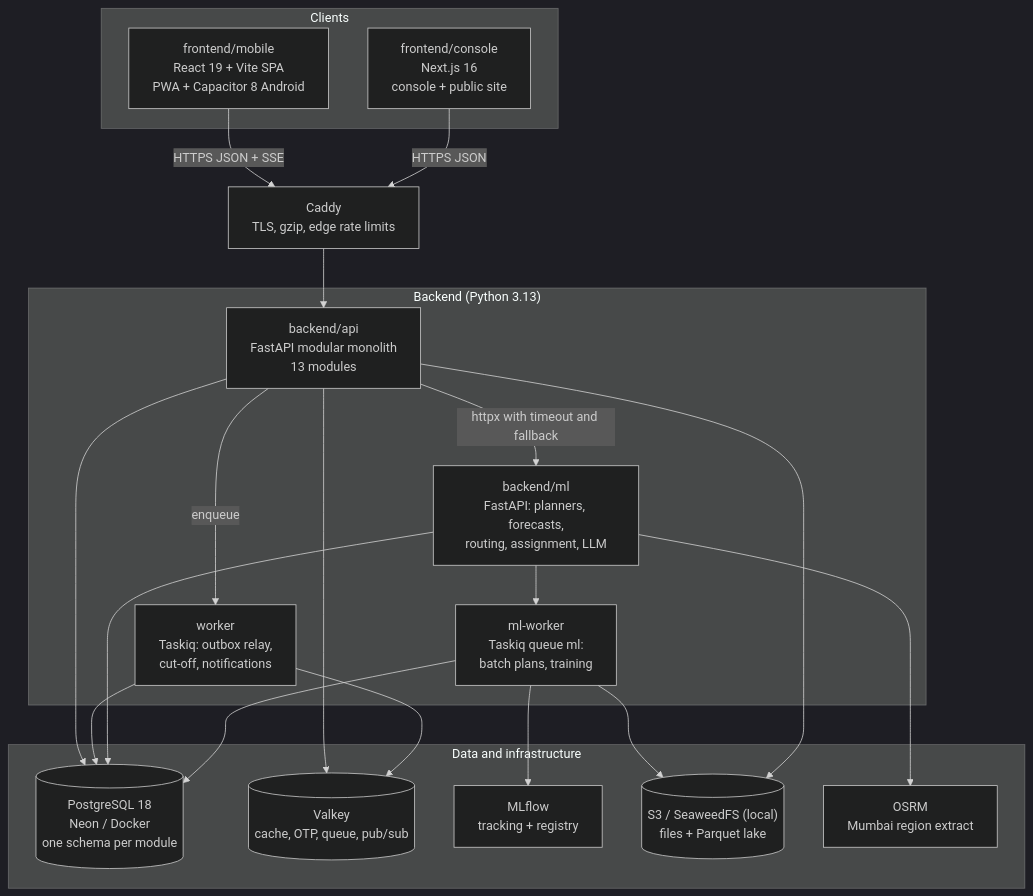
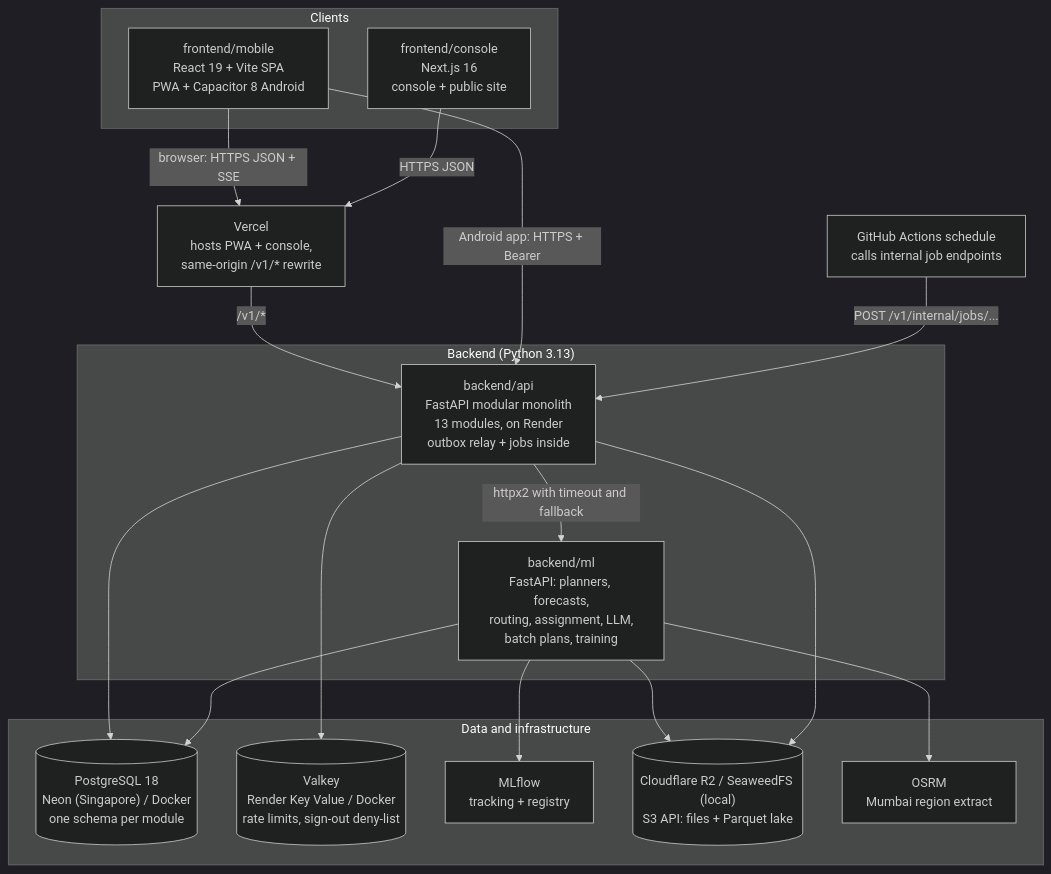
One commit to prelekar7/GharBasket changed the second of 5 diagrams in docs/handbook/04-system-architecture.md. Above: the diagram before and after it, drawn with Mermaid (dark theme). The commit also changed other lines of this file and 58 other files, not shown here.

````diff
--- a/docs/handbook/04-system-architecture.md
+++ b/docs/handbook/04-system-architecture.md
@@ -53,37 +53,33 @@
 ```mermaid
 flowchart TB
   subgraph Clients
     MOB["frontend/mobile<br/>React 19 + Vite SPA<br/>PWA + Capacitor 8 Android"]
     CON["frontend/console<br/>Next.js 16<br/>console + public site"]
   end
-  CADDY["Caddy<br/>TLS, gzip, edge rate limits"]
+  VER["Vercel<br/>hosts PWA + console,<br/>same-origin /v1/* rewrite"]
+  GHA["GitHub Actions schedule<br/>calls internal job endpoints"]
   subgraph Backend["Backend (Python 3.13)"]
-    API["backend/api<br/>FastAPI modular monolith<br/>13 modules"]
-    WRK["worker<br/>Taskiq: outbox relay,<br/>cut-off, notifications"]
-    ML["backend/ml<br/>FastAPI: planners, forecasts,<br/>routing, assignment, LLM"]
-    MLW["ml-worker<br/>Taskiq queue ml:<br/>batch plans, training"]
+    API["backend/api<br/>FastAPI modular monolith<br/>13 modules, on Render<br/>outbox relay + jobs inside"]
+    ML["backend/ml<br/>FastAPI: planners, forecasts,<br/>routing, assignment, LLM,<br/>batch plans, training"]
   end
   subgraph Data["Data and infrastructure"]
-    PG[("PostgreSQL 18<br/>Neon / Docker<br/>one schema per module")]
-    VK[("Valkey<br/>cache, OTP, queue, pub/sub")]
+    PG[("PostgreSQL 18<br/>Neon (Singapore) / Docker<br/>one schema per module")]
+    VK[("Valkey<br/>Render Key Value / Docker<br/>rate limits, sign-out deny-list")]
     MLF["MLflow<br/>tracking + registry"]
-    OBJ[("S3 / SeaweedFS (local)<br/>files + Parquet lake")]
+    OBJ[("Cloudflare R2 / SeaweedFS (local)<br/>S3 API: files + Parquet lake")]
     OSRM["OSRM<br/>Mumbai region extract"]
   end
-  MOB -->|"HTTPS JSON + SSE"| CADDY
-  CON -->|"HTTPS JSON"| CADDY
-  CADDY --> API
-  API -->|"httpx with timeout and fallback"| ML
+  MOB -->|"browser: HTTPS JSON + SSE"| VER
+  CON -->|"HTTPS JSON"| VER
+  VER -->|"/v1/*"| API
+  MOB -->|"Android app: HTTPS + Bearer"| API
+  GHA -->|"POST /v1/internal/jobs/..."| API
+  API -->|"httpx2 with timeout and fallback"| ML
   API --> PG
   API --> VK
-  API -->|enqueue| WRK
-  WRK --> PG
-  WRK --> VK
   ML --> PG
-  ML --> MLW
-  MLW --> PG
-  MLW --> MLF
-  MLW --> OBJ
+  ML --> MLF
+  ML --> OBJ
   ML --> OSRM
   API --> OBJ
 ```
````
